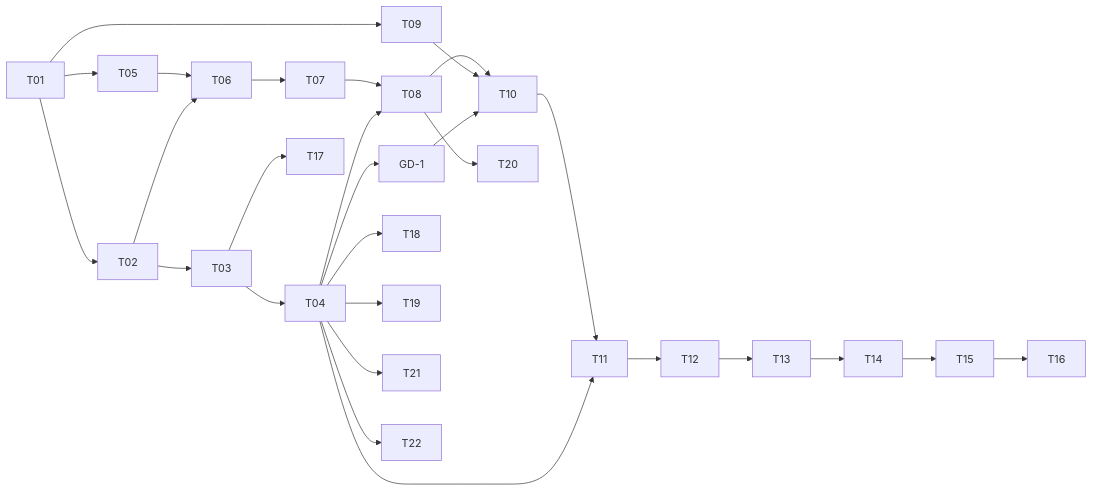
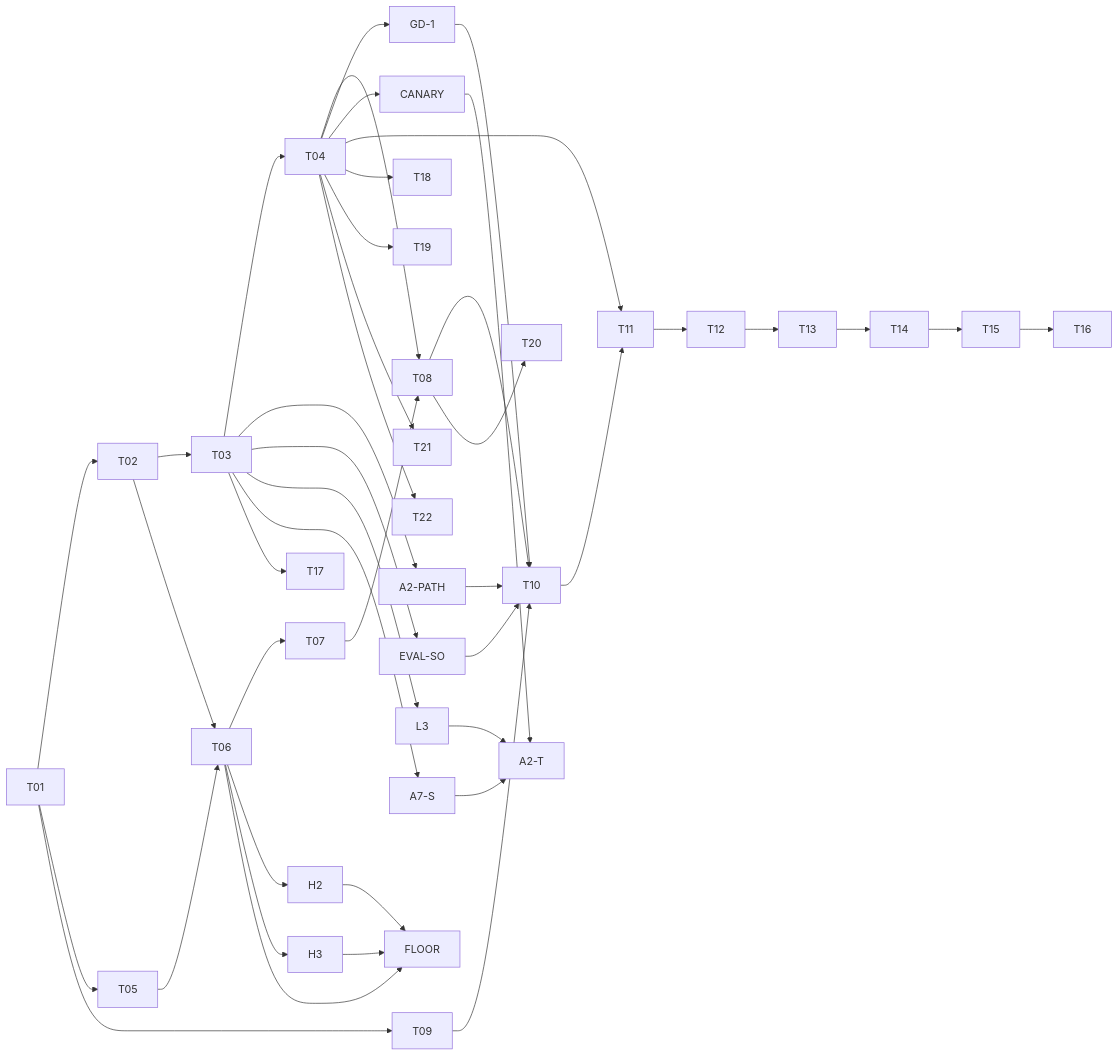
The diagram in specs/001-faustcoder/tasks.md (Zero-State-LLC/BlackDog), drawn with Mermaid before and after one commit. The commit also changed other lines of this file and 6 other files, not shown here.

````diff
--- a/specs/001-faustcoder/tasks.md
+++ b/specs/001-faustcoder/tasks.md
@@ -196,18 +200,26 @@
 ```mermaid
 graph LR
     T01 --> T02 --> T03 --> T04
     T01 --> T05 --> T06
     T02 --> T06 --> T07 --> T08
     T04 --> T08
     T01 --> T09
     T08 --> T10
     T09 --> T10 --> T11
     T04 --> GD1["GD-1"] --> T10
+    T03 --> A2PATH["A2-PATH"] --> T10
+    T03 --> EVALSO["EVAL-SO"] --> T10
+    T03 --> L3 --> A2T["A2-T"]
+    T03 --> A7S["A7-S"] --> A2T
+    T04 --> CANARY --> A2T
+    T06 --> H2 --> FLOOR
+    T06 --> H3 --> FLOOR
+    T06 --> FLOOR
     T04 --> T11 --> T12 --> T13 --> T14 --> T15 --> T16
     T03 --> T17
     T04 --> T18
     T04 --> T19
     T08 --> T20
     T04 --> T21
     T04 --> T22
 ```
````
